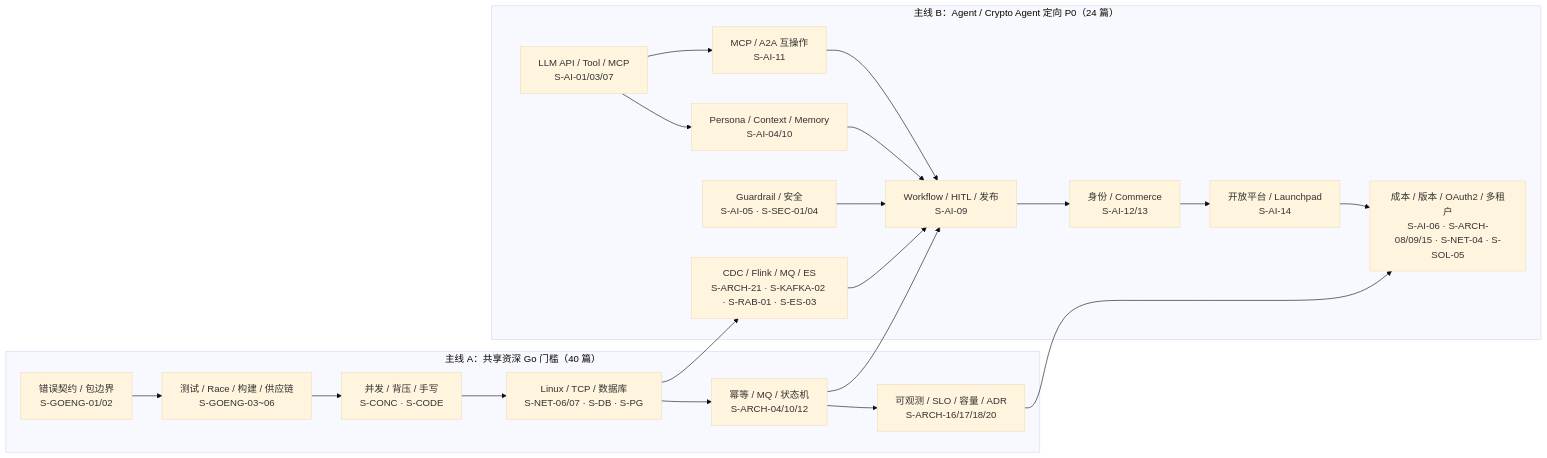
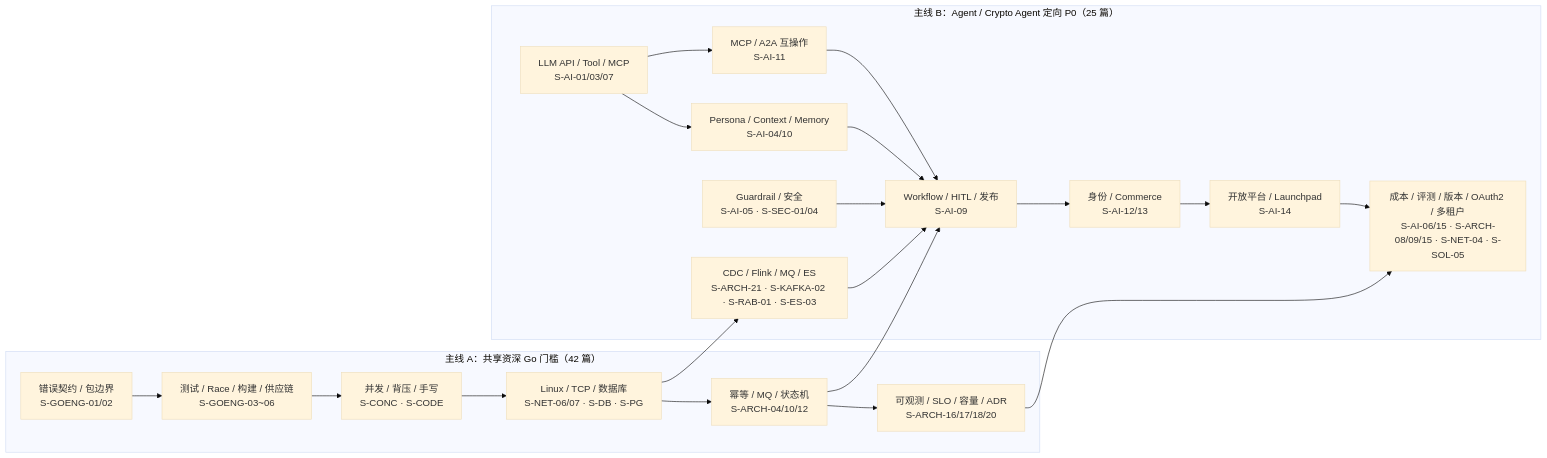
One commit to twodog-tt/Golang-development-manual changed the first of 2 diagrams in docs/topics/_meta/p0-knowledge-graph.md. Above: the diagram before and after it, drawn with Mermaid (base theme). The commit also changed other lines of this file and 4 other files, not shown here.

````diff
--- a/docs/topics/_meta/p0-knowledge-graph.md
+++ b/docs/topics/_meta/p0-knowledge-graph.md
@@ -68,32 +68,32 @@
 ```mermaid
 flowchart LR
-  subgraph A["主线 A：共享资深 Go 门槛（40 篇）"]
+  subgraph A["主线 A：共享资深 Go 门槛（42 篇）"]
     A1["错误契约 / 包边界<br/>S-GOENG-01/02"]
     A2["测试 / Race / 构建 / 供应链<br/>S-GOENG-03~06"]
     A3["并发 / 背压 / 手写<br/>S-CONC · S-CODE"]
     A4["Linux / TCP / 数据库<br/>S-NET-06/07 · S-DB · S-PG"]
     A5["幂等 / MQ / 状态机<br/>S-ARCH-04/10/12"]
     A6["可观测 / SLO / 容量 / ADR<br/>S-ARCH-16/17/18/20"]
     A1 --> A2 --> A3 --> A4 --> A5 --> A6
   end
 
-  subgraph B["主线 B：Agent / Crypto Agent 定向 P0（24 篇）"]
+  subgraph B["主线 B：Agent / Crypto Agent 定向 P0（25 篇）"]
     B1["LLM API / Tool / MCP<br/>S-AI-01/03/07"]
     B2["MCP / A2A 互操作<br/>S-AI-11"]
     B3["Workflow / HITL / 发布<br/>S-AI-09"]
     B4["Persona / Context / Memory<br/>S-AI-04/10"]
     B5["Guardrail / 安全<br/>S-AI-05 · S-SEC-01/04"]
     B6["身份 / Commerce<br/>S-AI-12/13"]
     B7["开放平台 / Launchpad<br/>S-AI-14"]
-    B8["成本 / 版本 / OAuth2 / 多租户<br/>S-AI-06 · S-ARCH-08/09/15 · S-NET-04 · S-SOL-05"]
+    B8["成本 / 评测 / 版本 / OAuth2 / 多租户<br/>S-AI-06/15 · S-ARCH-08/09/15 · S-NET-04 · S-SOL-05"]
     B9["CDC / Flink / MQ / ES<br/>S-ARCH-21 · S-KAFKA-02 · S-RAB-01 · S-ES-03"]
     B1 --> B2 --> B3
     B1 --> B4 --> B3
     B5 --> B3 --> B6 --> B7 --> B8
     B9 --> B3
   end
 
   A5 --> B3
   A6 --> B8
   A4 --> B9
 ```
````
